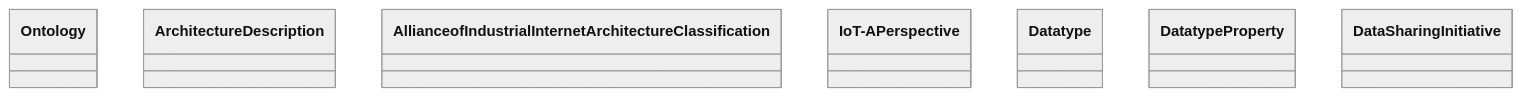
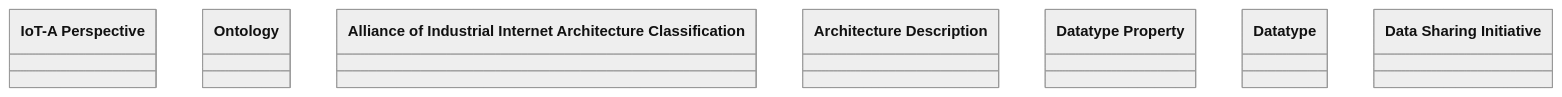
The diagram in output/ieswc_meta/i40.ttl-abstract-7-0-hard.md (oeg-upm/Devos), drawn with Mermaid (neutral theme) before and after one commit. The commit also changed 187 other files, not shown here.

````diff
--- a/output/ieswc_meta/i40.ttl-abstract-7-0-hard.md
+++ b/output/ieswc_meta/i40.ttl-abstract-7-0-hard.md
@@ -1,35 +1,35 @@
 ```mermaid
 	classDiagram
 
     
-    class Ontology {
+    class `IoT-A Perspective` {
     
     }
 
-    class Architecture Description {
+    class `Ontology` {
     
     }
 
-    class Alliance of Industrial Internet Architecture Classification {
+    class `Alliance of Industrial Internet Architecture Classification` {
     
     }
 
-    class IoT-A Perspective {
+    class `Architecture Description` {
     
     }
 
-    class Datatype {
+    class `Datatype Property` {
     
     }
 
-    class Datatype Property {
+    class `Datatype` {
     
     }
 
-    class Data Sharing Initiative {
+    class `Data Sharing Initiative` {
     
     }
 
 
 
 ```
````
